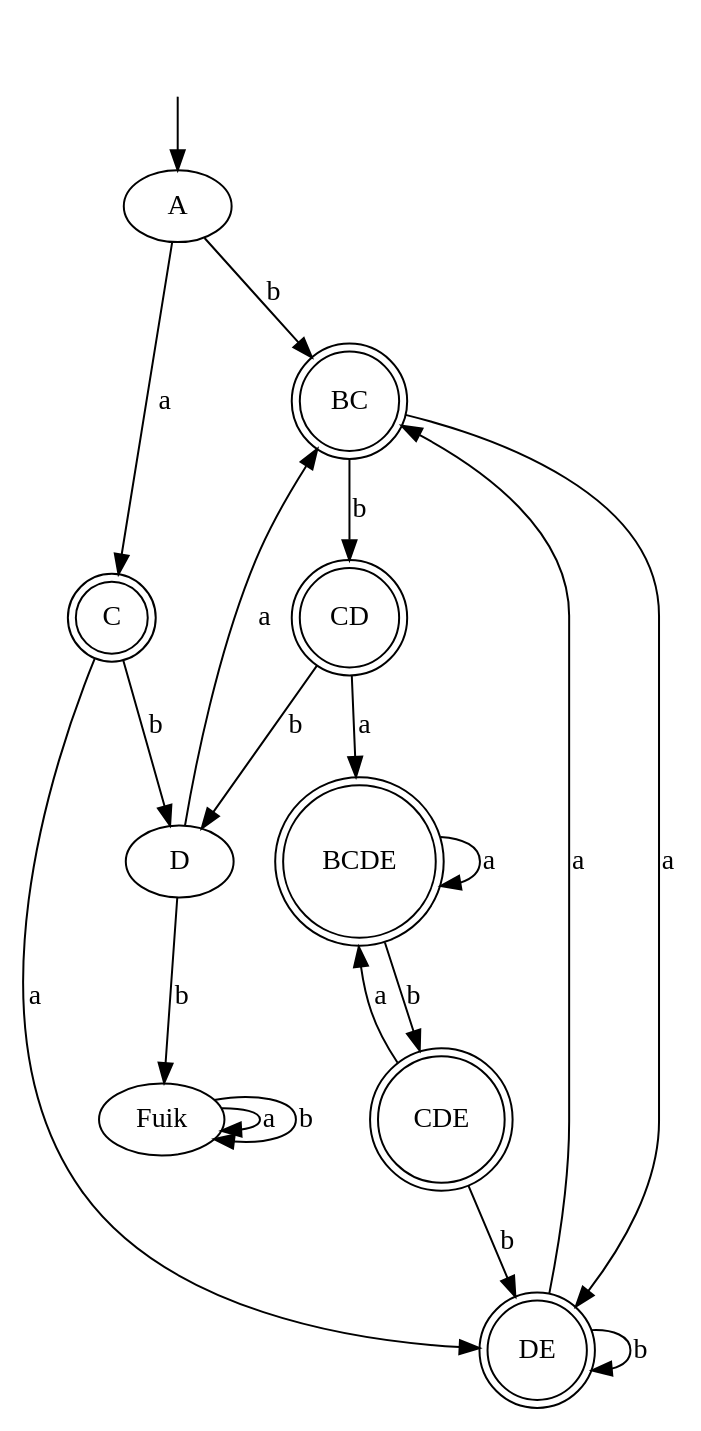
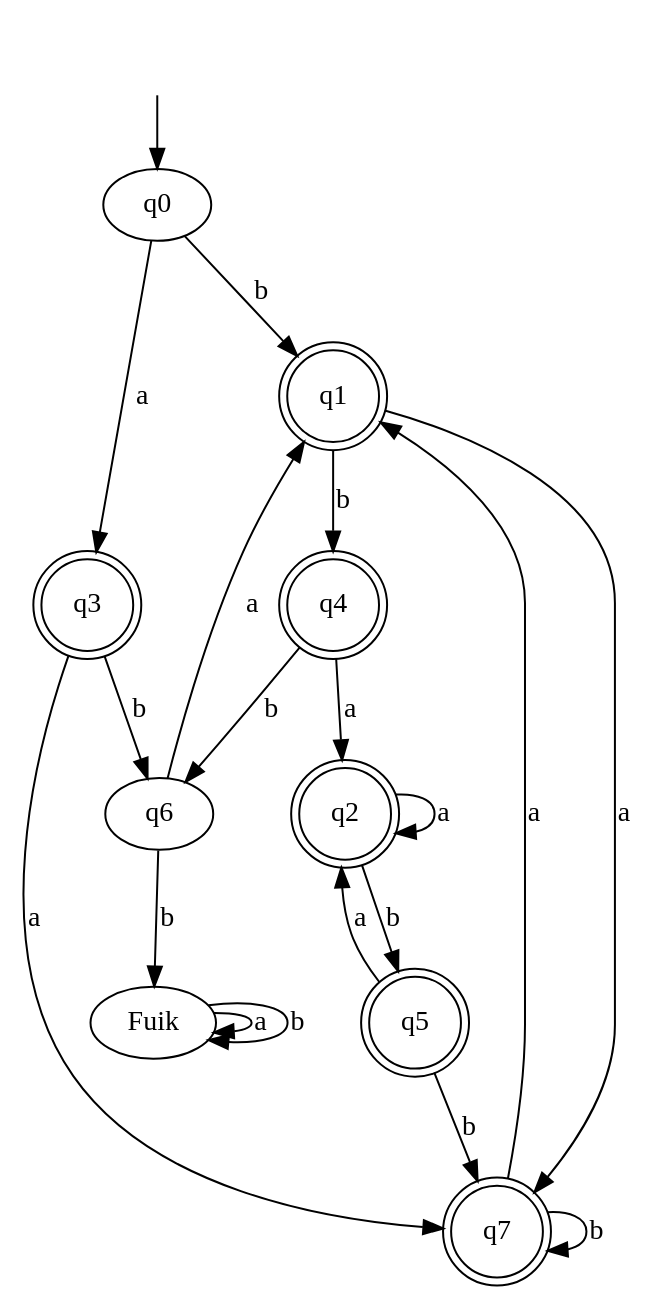
The diagram in FormeleMethode/graphviz/dotfiles/ndfaToDfaExample2Result.dot (Joshua-Latusia/Formele-methode), drawn with Graphviz before and after one commit. The commit also changed 22 other files, not shown here.

```diff
--- a/FormeleMethode/graphviz/dotfiles/ndfaToDfaExample2Result.dot
+++ b/FormeleMethode/graphviz/dotfiles/ndfaToDfaExample2Result.dot
@@ -1,29 +1,29 @@
 digraph { 
  "" [shape=none]
- "BC" [shape=doublecircle]
- "BCDE" [shape=doublecircle]
- "C" [shape=doublecircle]
- "CD" [shape=doublecircle]
- "CDE" [shape=doublecircle]
- "DE" [shape=doublecircle]
+ "q1" [shape=doublecircle]
+ "q2" [shape=doublecircle]
+ "q3" [shape=doublecircle]
+ "q4" [shape=doublecircle]
+ "q5" [shape=doublecircle]
+ "q7" [shape=doublecircle]
 
- "" -> "A"
- "A" -> "C"[label="a", weight="a"]; 
- "C" -> "DE"[label="a", weight="a"]; 
- "DE" -> "BC"[label="a", weight="a"]; 
- "BC" -> "DE"[label="a", weight="a"]; 
- "BC" -> "CD"[label="b", weight="b"]; 
- "CD" -> "BCDE"[label="a", weight="a"]; 
- "BCDE" -> "BCDE"[label="a", weight="a"]; 
- "BCDE" -> "CDE"[label="b", weight="b"]; 
- "CDE" -> "BCDE"[label="a", weight="a"]; 
- "CDE" -> "DE"[label="b", weight="b"]; 
- "CD" -> "D"[label="b", weight="b"]; 
- "D" -> "BC"[label="a", weight="a"]; 
- "D" -> "Fuik"[label="b", weight="b"]; 
- "DE" -> "DE"[label="b", weight="b"]; 
- "C" -> "D"[label="b", weight="b"]; 
- "A" -> "BC"[label="b", weight="b"]; 
+ "" -> "q0"
+ "q0" -> "q3"[label="a", weight="a"]; 
+ "q3" -> "q7"[label="a", weight="a"]; 
+ "q7" -> "q1"[label="a", weight="a"]; 
+ "q1" -> "q7"[label="a", weight="a"]; 
+ "q1" -> "q4"[label="b", weight="b"]; 
+ "q4" -> "q2"[label="a", weight="a"]; 
+ "q2" -> "q2"[label="a", weight="a"]; 
+ "q2" -> "q5"[label="b", weight="b"]; 
+ "q5" -> "q2"[label="a", weight="a"]; 
+ "q5" -> "q7"[label="b", weight="b"]; 
+ "q4" -> "q6"[label="b", weight="b"]; 
+ "q6" -> "q1"[label="a", weight="a"]; 
+ "q6" -> "Fuik"[label="b", weight="b"]; 
+ "q7" -> "q7"[label="b", weight="b"]; 
+ "q3" -> "q6"[label="b", weight="b"]; 
+ "q0" -> "q1"[label="b", weight="b"]; 
  "Fuik" -> "Fuik"[label="a", weight="a"]; 
  "Fuik" -> "Fuik"[label="b", weight="b"]; 
 }
```
